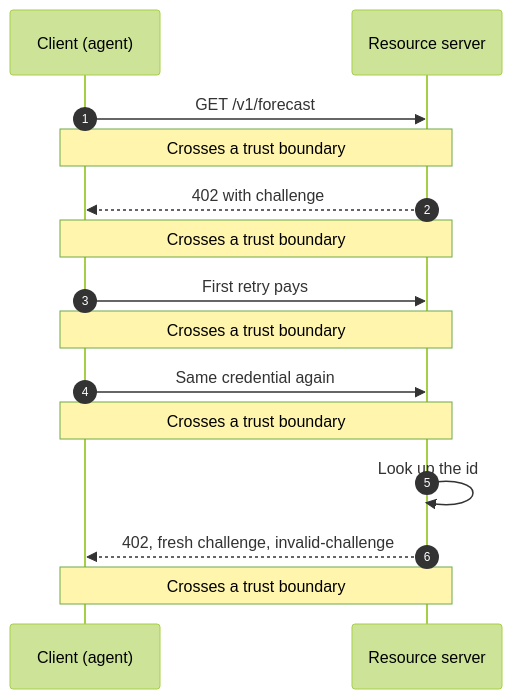
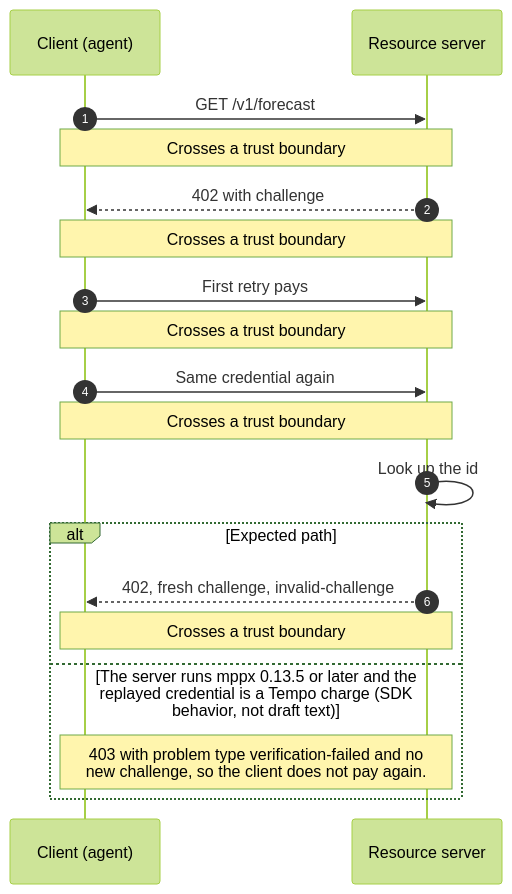
One commit to mercesAI/agentic-rails-atlas changed the diagram in src/generated/mermaid/stripe-mpp-failure-reused-challenge.mmd. Above: the diagram before and after it, drawn with Mermaid (forest theme). The commit also changed 154 other files, not shown here.

Commit message:
fix(content): full Stripe MPP fact check with site-wide SPT price correction

```diff
--- a/src/generated/mermaid/stripe-mpp-failure-reused-challenge.mmd
+++ b/src/generated/mermaid/stripe-mpp-failure-reused-challenge.mmd
@@ -1,17 +1,21 @@
 sequenceDiagram
   accTitle: MPP failure: a used credential is sent again (replay)
-  accDescr: Sequence diagram: MPP failure: a used credential is sent again (replay). 2 participants: Client (agent) and Resource server. 6 steps, 5 crossing a trust boundary. Based on stripe-mpp draft-httpauth-payment-01 (2026-09-09). Step 1: Client (agent) to Resource server: GET /v1/forecast. This step crosses a trust boundary. Step 2: Resource server to Client (agent): 402 with challenge. This step crosses a trust boundary. Step 3: Client (agent) to Resource server: First retry pays. This step crosses a trust boundary. Step 4: Client (agent) to Resource server: Same credential again. This step crosses a trust boundary. Step 5: Resource server to Resource server: Look up the id. Step 6: Resource server to Client (agent): 402, fresh challenge, invalid-challenge. This step crosses a trust boundary.
+  accDescr: Sequence diagram: MPP failure: a used credential is sent again (replay). 2 participants: Client (agent) and Resource server. 6 steps, 5 crossing a trust boundary, 1 failure branch. Based on stripe-mpp draft-httpauth-payment-01 (2026-09-09). Step 1: Client (agent) to Resource server: GET /v1/forecast. This step crosses a trust boundary. Step 2: Resource server to Client (agent): 402 with challenge. This step crosses a trust boundary. Step 3: Client (agent) to Resource server: First retry pays. This step crosses a trust boundary. Step 4: Client (agent) to Resource server: Same credential again. This step crosses a trust boundary. Step 5: Resource server to Resource server: Look up the id. Step 6: Resource server to Client (agent): 402, fresh challenge, invalid-challenge. This step crosses a trust boundary. If The server runs mppx 0.13.5 or later and the replayed credential is a Tempo charge (SDK behavior, not draft text): 403 with problem type verification-failed and no new challenge, so the client does not pay again.
   autonumber
   participant p_client as Client (agent)
   participant p_server as Resource server
   p_client->>p_server: GET /v1/forecast
   Note over p_client,p_server: Crosses a trust boundary
   p_server-->>p_client: 402 with challenge
   Note over p_server,p_client: Crosses a trust boundary
   p_client->>p_server: First retry pays
   Note over p_client,p_server: Crosses a trust boundary
   p_client->>p_server: Same credential again
   Note over p_client,p_server: Crosses a trust boundary
   p_server->>p_server: Look up the id
-  p_server-->>p_client: 402, fresh challenge, invalid-challenge
-  Note over p_server,p_client: Crosses a trust boundary
+  alt Expected path
+    p_server-->>p_client: 402, fresh challenge, invalid-challenge
+    Note over p_server,p_client: Crosses a trust boundary
+  else The server runs mppx 0.13.5 or later and the replayed credential is a Tempo charge (SDK behavior, not draft text)
+    Note over p_server,p_client: 403 with problem type verification-failed and no<br/>new challenge, so the client does not pay again.
+  end
```
